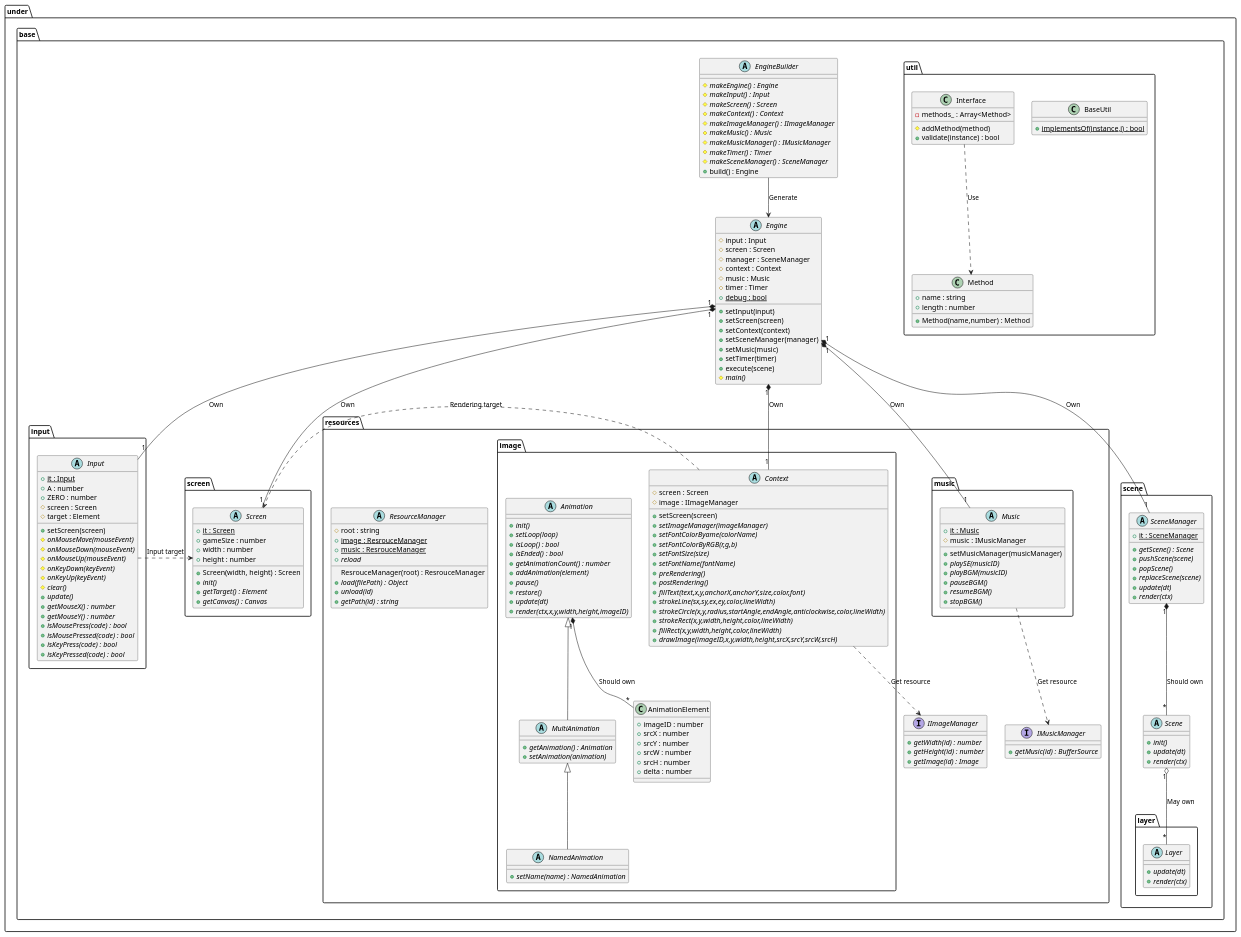
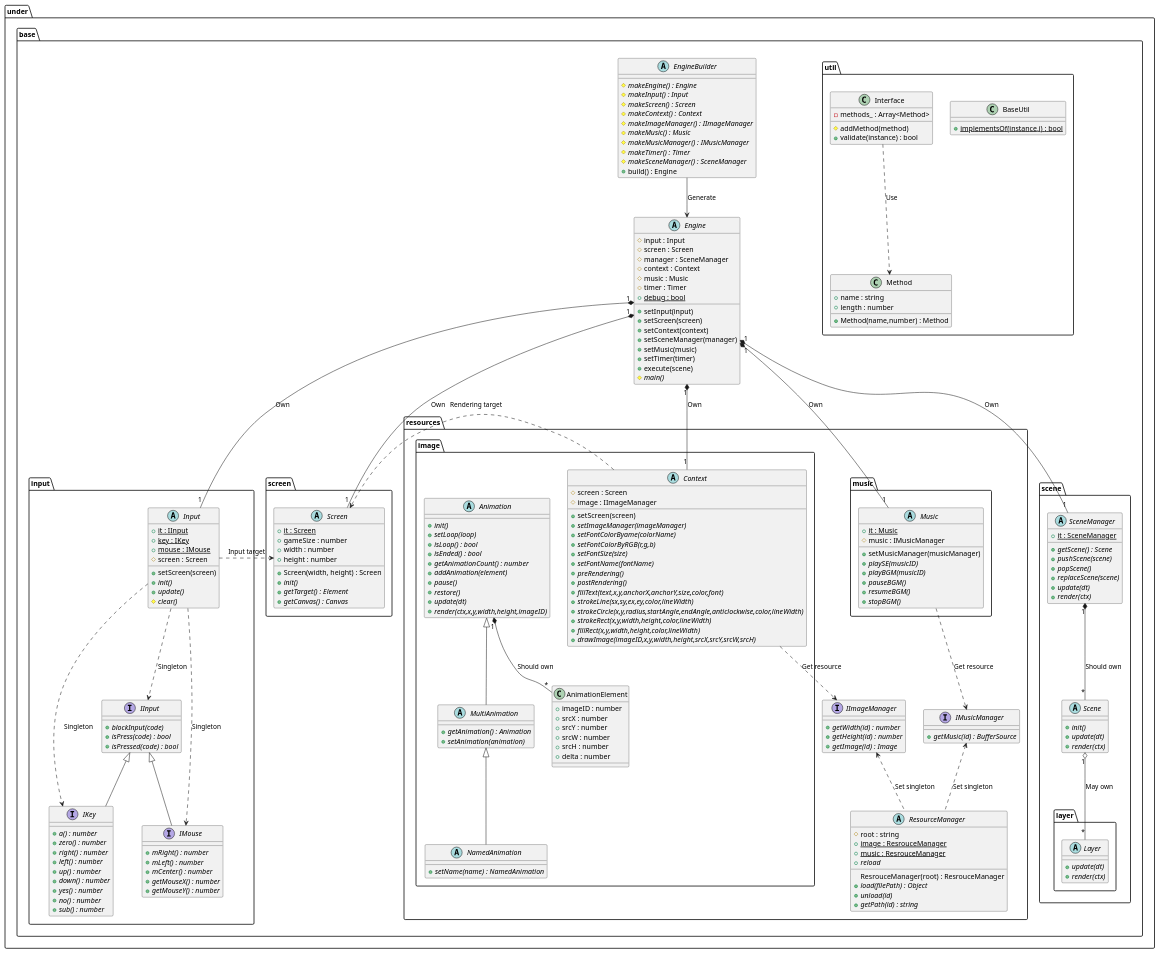
One commit to Expine/Under changed the diagram in uml/gamebase/Base.wsd. Above: the diagram before and after it, drawn with PlantUML. The commit also changed 48 other files, not shown here.

Commit message:
Abstract key and mouse input and separate it, add prevented key

```diff
--- a/uml/gamebase/Base.wsd
+++ b/uml/gamebase/Base.wsd
@@ -34,25 +34,40 @@
 
         package input {
             abstract Input {
-                {static} +it : Input /' Singleton '/
-                +A : number
-                +ZERO : number
+                {static} +it : IInput /' Singleton '/
+                {static} +key : IKey /' Singleton '/
+                {static} +mouse : IMouse /' Singleton '/
                 #screen : Screen
-                #target : Element
                 +setScreen(screen)
-                {abstract} #onMouseMove(mouseEvent)
-                {abstract} #onMouseDown(mouseEvent)
-                {abstract} #onMouseUp(mouseEvent)
-                {abstract} #onKeyDown(keyEvent)
-                {abstract} #onKeyUp(keyEvent)
+                {abstract} +init()
+                {abstract} +update()
                 {abstract} #clear()
-                {abstract} +update()
+            }
+
+            interface IInput {
+                {abstract} +blockInput(code)
+                {abstract} +isPress(code) : bool
+                {abstract} +isPressed(code) : bool
+            }
+
+            interface IKey {
+                {abstract} +a() : number
+                {abstract} +zero() : number
+                {abstract} +right() : number
+                {abstract} +left() : number
+                {abstract} +up() : number
+                {abstract} +down() : number
+                {abstract} +yes() : number
+                {abstract} +no() : number
+                {abstract} +sub() : number
+            }
+
+            interface IMouse {
+                {abstract} +mRight() : number
+                {abstract} +mLeft() : number
+                {abstract} +mCenter() : number
                 {abstract} +getMouseX() : number
                 {abstract} +getMouseY() : number
-                {abstract} +isMousePress(code) : bool
-                {abstract} +isMousePressed(code) : bool
-                {abstract} +isKeyPress(code) : bool
-                {abstract} +isKeyPressed(code) : bool
             }
         }
 
@@ -204,13 +219,22 @@
 Input .> Screen : Input target
 Context .> Screen : Rendering target
 
+Input ..> IInput : Singleton
+Input ..> IKey : Singleton
+Input ..> IMouse : Singleton
+
 Context ..> IImageManager : Get resource
 Music ..> IMusicManager : Get resource
+IImageManager <.. ResourceManager : Set singleton
+IMusicManager <.. ResourceManager : Set singleton
 
 SceneManager "1"*--"*" Scene : Should own
 Scene "1" o--"*" Layer : May own
 
 Animation "1"*--"*"AnimationElement : Should own
+
+IInput <|-- IKey
+IInput <|-- IMouse
 
 Animation <|-- MultiAnimation
 MultiAnimation <|-- NamedAnimation
```
